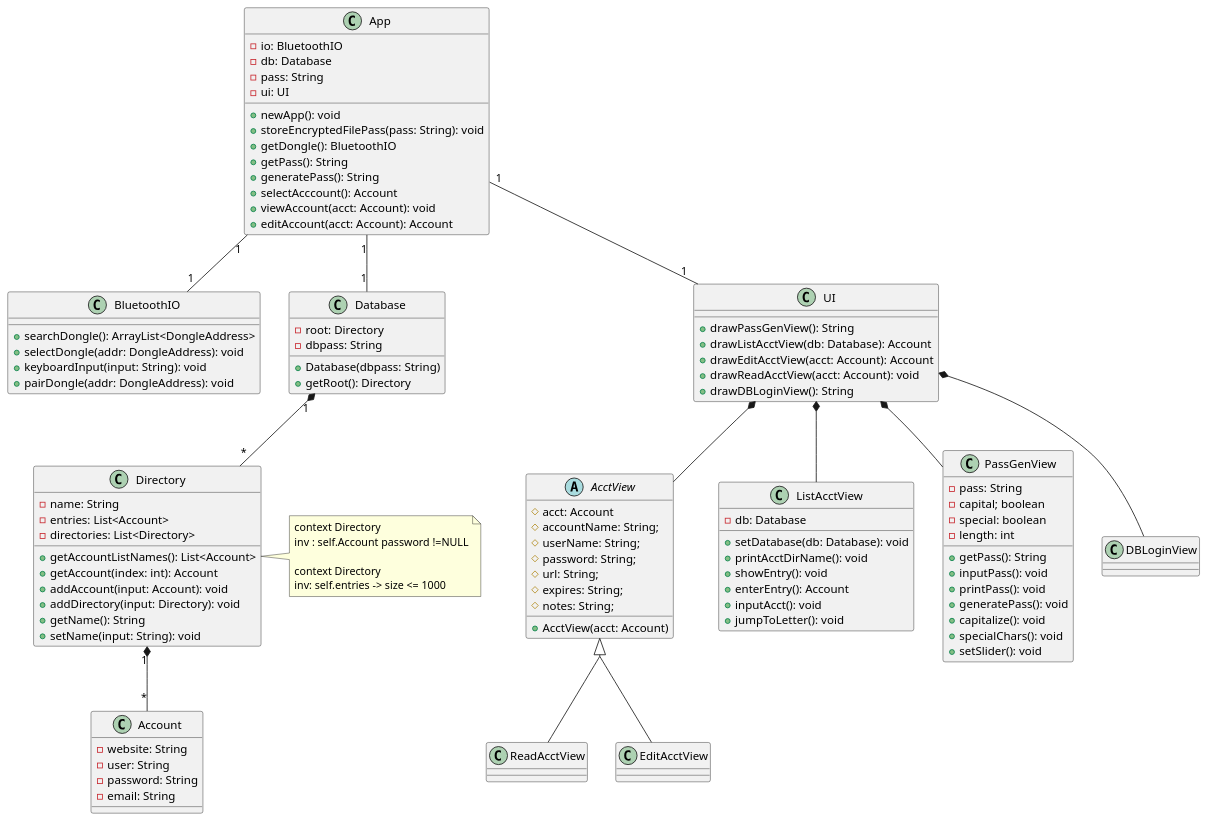
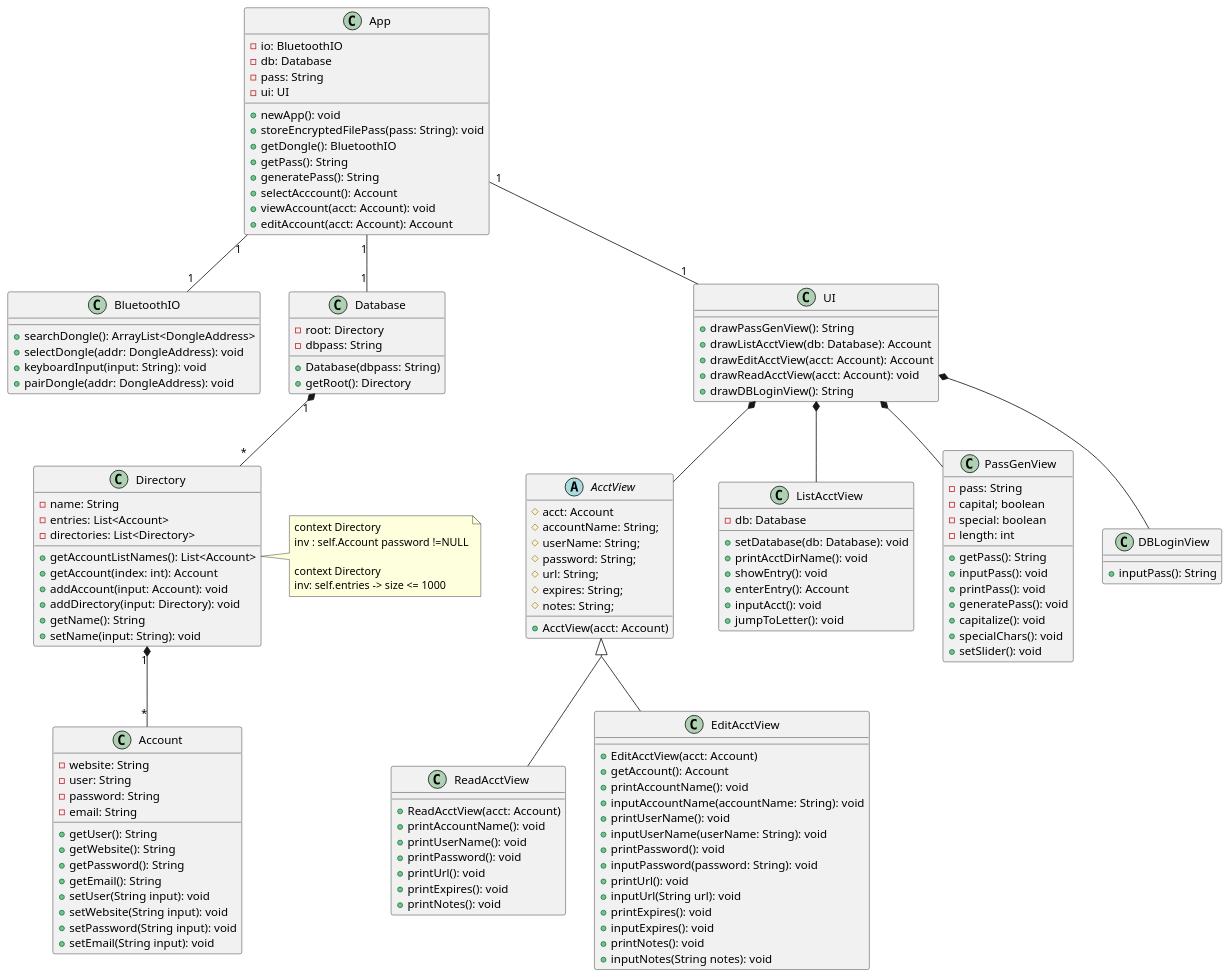
The diagram in docs/class1.plantuml (gentmantan/cen4010groupproject), drawn with PlantUML before and after one commit. The commit also changed 1 other file, not shown here.

```diff
--- a/docs/class1.plantuml
+++ b/docs/class1.plantuml
@@ -1,131 +1,164 @@
 @startuml
 skinparam groupInheritance 2
 
 class App {
   -io: BluetoothIO
   -db: Database
   -pass: String
   -ui: UI
   +newApp(): void
   +storeEncryptedFilePass(pass: String): void
   +getDongle(): BluetoothIO
   +getPass(): String
   +generatePass(): String
   +selectAcccount(): Account
   +viewAccount(acct: Account): void
   +editAccount(acct: Account): Account
 }
 
 class BluetoothIO {
   +searchDongle(): ArrayList<DongleAddress>
   +selectDongle(addr: DongleAddress): void
   +keyboardInput(input: String): void
   +pairDongle(addr: DongleAddress): void
 }
 
 'class EncryptedFile {
 ''  -Database db
 ''  +EncryptedFile(){
 ''  }
 ''}
     class Directory {
       -name: String
       -entries: List<Account>
       -directories: List<Directory>
       +getAccountListNames(): List<Account>
       +getAccount(index: int): Account
       +addAccount(input: Account): void
       +addDirectory(input: Directory): void
       +getName(): String
       +setName(input: String): void
     }
 
     class Database{
       -root: Directory
       -dbpass: String
       +Database(dbpass: String)
       +getRoot(): Directory
     }
 
     class Account {
       -website: String
       -user: String
       -password: String
       -email: String
+      +getUser(): String
+      +getWebsite(): String
+      +getPassword(): String
+      +getEmail(): String
+      +setUser(String input): void
+      +setWebsite(String input): void
+      +setPassword(String input): void
+      +setEmail(String input): void
     }
 
     class UI{
       +drawPassGenView(): String
       +drawListAcctView(db: Database): Account
       +drawEditAcctView(acct: Account): Account
       +drawReadAcctView(acct: Account): void
       +drawDBLoginView(): String
     }
 
     abstract AcctView{
       #acct: Account
       #accountName: String;
       #userName: String;
       #password: String;
       #url: String;
       #expires: String;
       #notes: String;
       +AcctView(acct: Account)
     }
 
     class ListAcctView{
       -db: Database
       +setDatabase(db: Database): void
       +printAcctDirName(): void
       +showEntry(): void
       +enterEntry(): Account
       +inputAcct(): void
       +jumpToLetter(): void
     }
 
     class PassGenView{
       -pass: String
       -capital; boolean
       -special: boolean
       -length: int
       +getPass(): String
       +inputPass(): void
       +printPass(): void
       +generatePass(): void
       +capitalize(): void
       +specialChars(): void
       +setSlider(): void
     }
 
     class DBLoginView{
+      +inputPass(): String
+    }
 
+    class ReadAcctView{
+      +ReadAcctView(acct: Account)
+      +printAccountName(): void
+      +printUserName(): void
+      +printPassword(): void
+      +printUrl(): void
+      +printExpires(): void
+      +printNotes(): void
     }
-class ReadAcctView
-class EditAcctView
+
+    class EditAcctView{
+      +EditAcctView(acct: Account)
+      +getAccount(): Account
+      +printAccountName(): void
+      +inputAccountName(accountName: String): void
+      +printUserName(): void
+      +inputUserName(userName: String): void
+      +printPassword(): void
+      +inputPassword(password: String): void
+      +printUrl(): void
+      +inputUrl(String url): void
+      +printExpires(): void
+      +inputExpires(): void
+      +printNotes(): void
+      +inputNotes(String notes): void
+    }
 
 App "1" -- "1" BluetoothIO
 
 'App "1" -- "1" EncryptedFile
 'EncryptedFile "1" *-- "1" Database
 App "1" -- "1" Database
 Database "1" *-- "*" Directory
 Directory "1" *-- "*" Account
 
 App "1" -- "1" UI
 UI *--  AcctView
 
 note right of Directory
   context Directory
   inv : self.Account password !=NULL
 
   context Directory
   inv: self.entries -> size <= 1000
 end note
 
 
 AcctView <|-- EditAcctView
 AcctView <|-- ReadAcctView
 UI *-- ListAcctView
 UI *-- PassGenView
 UI *-- DBLoginView
 @enduml
```
